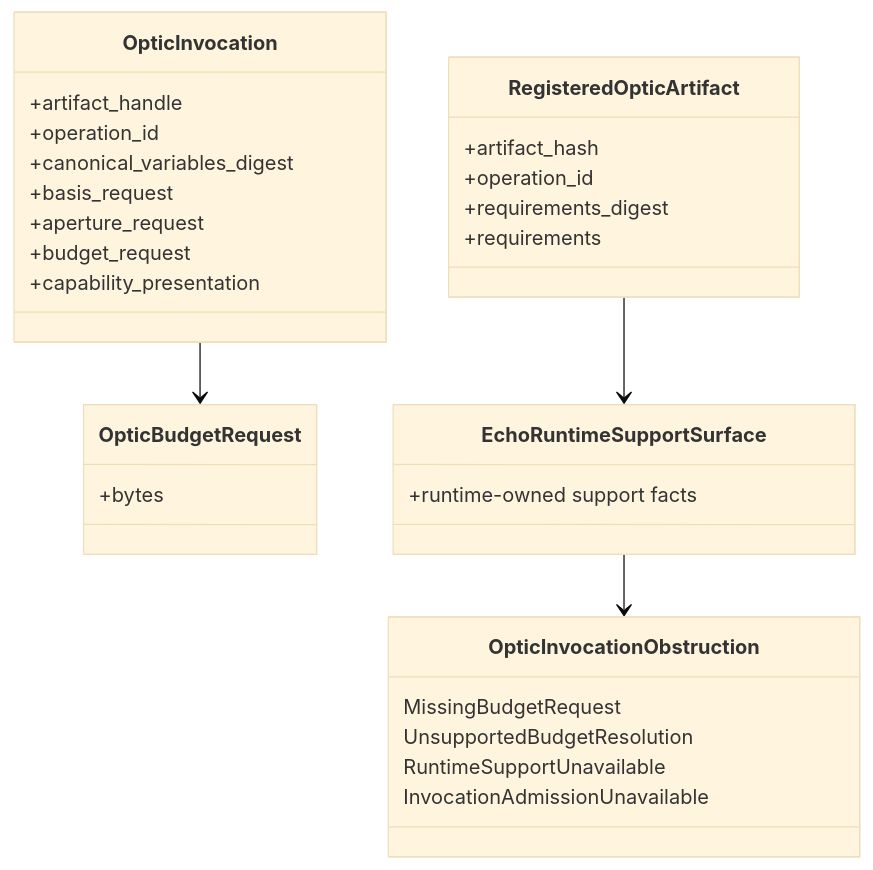
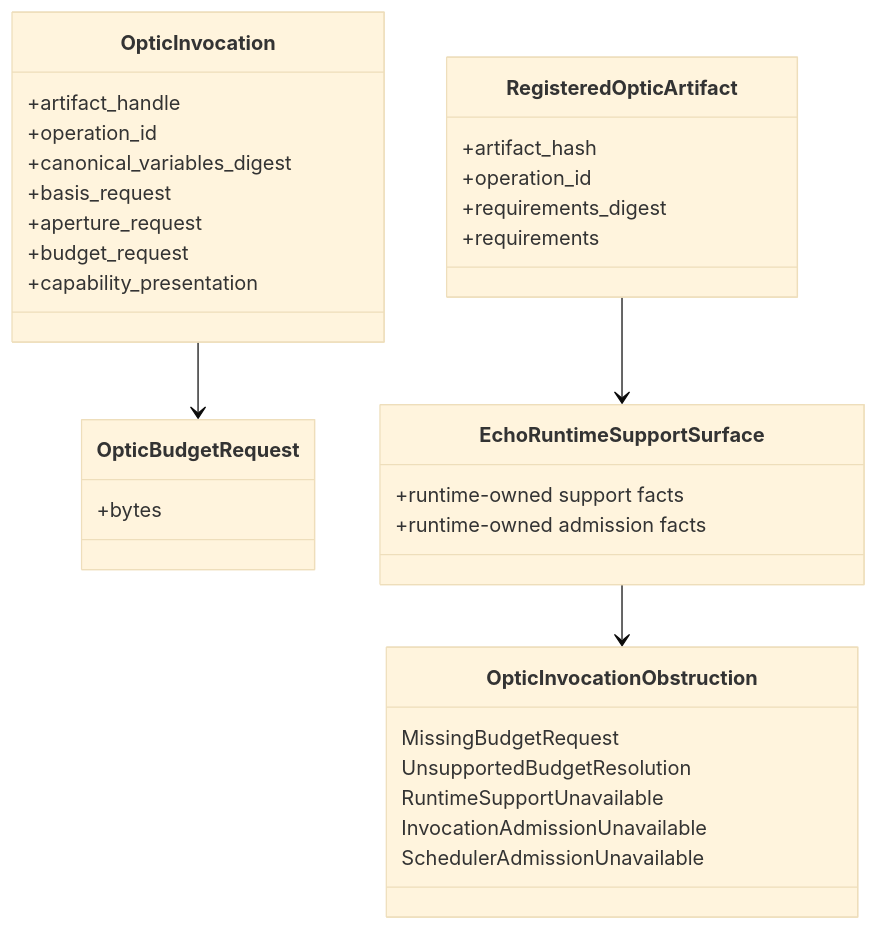
Before and after one commit to flyingrobots/echo: the third of 4 diagrams in docs/design/budget-and-runtime-support-optic-admission.md, drawn with Mermaid (base theme). The commit also changed other lines of this file and 2 other files, not shown here.

Commit message:
docs: record invocation admission v0 boundary

````diff
--- a/docs/design/budget-and-runtime-support-optic-admission.md
+++ b/docs/design/budget-and-runtime-support-optic-admission.md
@@ -148,38 +153,40 @@
 ```mermaid
 classDiagram
   class OpticInvocation {
     +artifact_handle
     +operation_id
     +canonical_variables_digest
     +basis_request
     +aperture_request
     +budget_request
     +capability_presentation
   }
 
   class OpticBudgetRequest {
     +bytes
   }
 
   class OpticInvocationObstruction {
     MissingBudgetRequest
     UnsupportedBudgetResolution
     RuntimeSupportUnavailable
     InvocationAdmissionUnavailable
+    SchedulerAdmissionUnavailable
   }
 
   class RegisteredOpticArtifact {
     +artifact_hash
     +operation_id
     +requirements_digest
     +requirements
   }
 
   class EchoRuntimeSupportSurface {
     +runtime-owned support facts
+    +runtime-owned admission facts
   }
 
   OpticInvocation --> OpticBudgetRequest
   RegisteredOpticArtifact --> EchoRuntimeSupportSurface
   EchoRuntimeSupportSurface --> OpticInvocationObstruction
 ```
````
